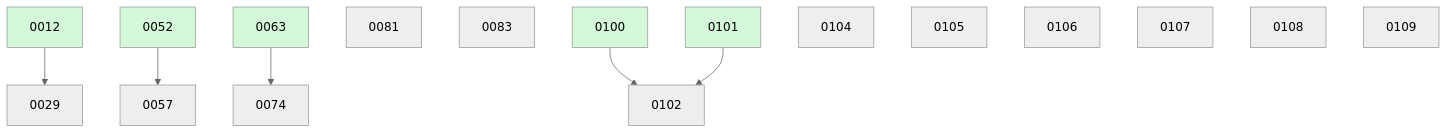
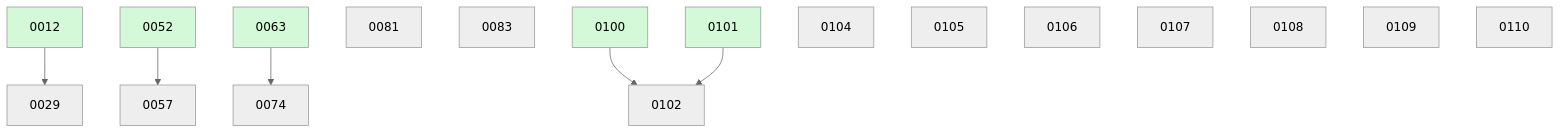
Before and after one commit to ethanhinson/fuse: the diagram in docs/changes/BOARD.md, drawn with Mermaid (neutral theme). The commit also changed other lines of this file and 1 other file, not shown here.

````diff
--- a/docs/changes/BOARD.md
+++ b/docs/changes/BOARD.md
@@ -37,22 +38,23 @@
 ```mermaid
 graph TD
   0012 --> 0029
   0052 --> 0057
   0063 --> 0074
   0081
   0083
   0100 --> 0102
   0101 --> 0102
   0104
   0105
   0106
   0107
   0108
   0109
+  0110
   0012:::done
   0052:::done
   0063:::done
   0100:::done
   0101:::done
   classDef done fill:#d3f9d8;
 ```
````
